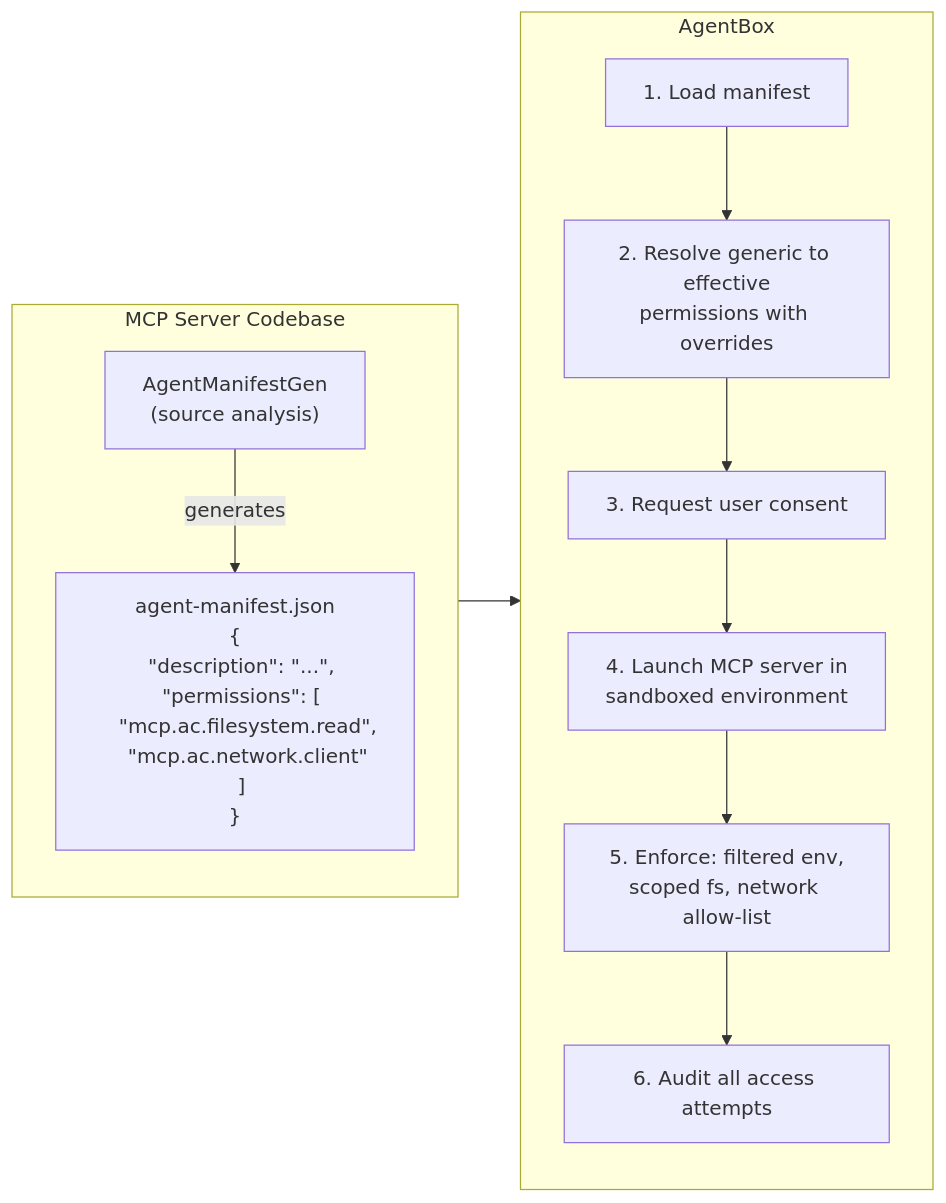
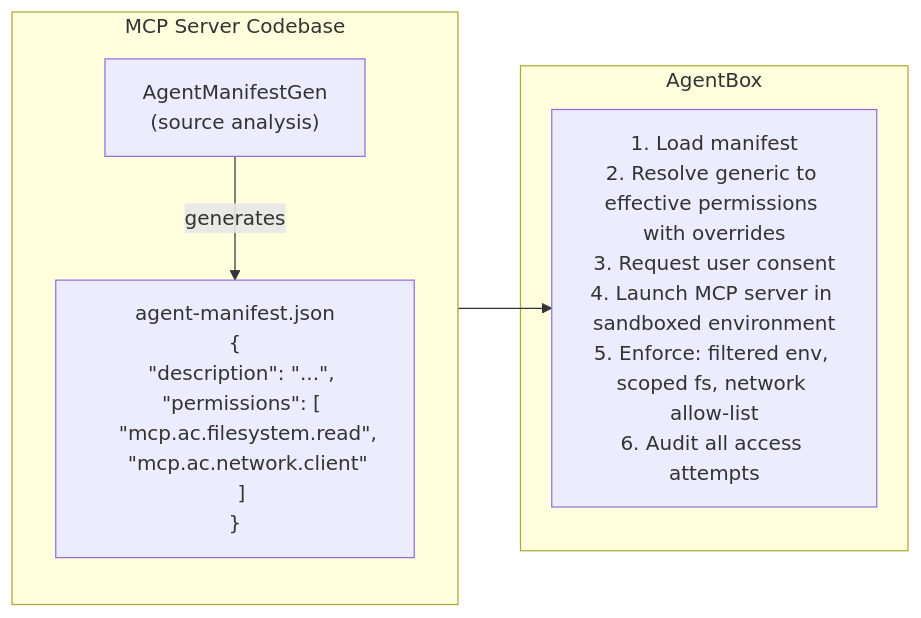
The diagram in README.md (dortort/agent-bound), drawn with Mermaid before and after one commit.

Commit message:
Fix side-by-side layout by collapsing AgentBox into single node
Mermaid's subgraph `direction TB` is overridden by the parent
`flowchart LR`, causing the six AgentBox steps to render
horizontally. Fix by combining them into a single numbered-list
node, which matches the original ASCII diagram's layout and
lets the LR flow between the two subgraphs work correctly.

https://claude.ai/code/session_01NASCAhzHn3Ax3tVW7HkwaP

````diff
--- a/README.md
+++ b/README.md
@@ -23,22 +23,15 @@
 ```mermaid
 flowchart LR
     subgraph Codebase["MCP Server Codebase"]
         direction TB
         Gen["AgentManifestGen<br/>(source analysis)"]
         Manifest["agent-manifest.json<br/>#123;<br/>#nbsp;#nbsp;#quot;description#quot;: #quot;...#quot;,<br/>#nbsp;#nbsp;#quot;permissions#quot;: #91;<br/>#nbsp;#nbsp;#nbsp;#nbsp;#quot;mcp.ac.filesystem.read#quot;,<br/>#nbsp;#nbsp;#nbsp;#nbsp;#quot;mcp.ac.network.client#quot;<br/>#nbsp;#nbsp;#93;<br/>#125;"]
         Gen -->|generates| Manifest
     end
 
-    Manifest --> S1
+    Manifest --> Steps
 
     subgraph Box["AgentBox"]
-        direction TB
-        S1["1. Load manifest"]
-        S2["2. Resolve generic to effective<br/>permissions with overrides"]
-        S3["3. Request user consent"]
-        S4["4. Launch MCP server in<br/>sandboxed environment"]
-        S5["5. Enforce: filtered env,<br/>scoped fs, network allow-list"]
-        S6["6. Audit all access attempts"]
-        S1 --> S2 --> S3 --> S4 --> S5 --> S6
+        Steps["1. Load manifest<br/>2. Resolve generic to effective permissions with overrides<br/>3. Request user consent<br/>4. Launch MCP server in sandboxed environment<br/>5. Enforce: filtered env, scoped fs, network allow-list<br/>6. Audit all access attempts"]
     end
 ```
````
